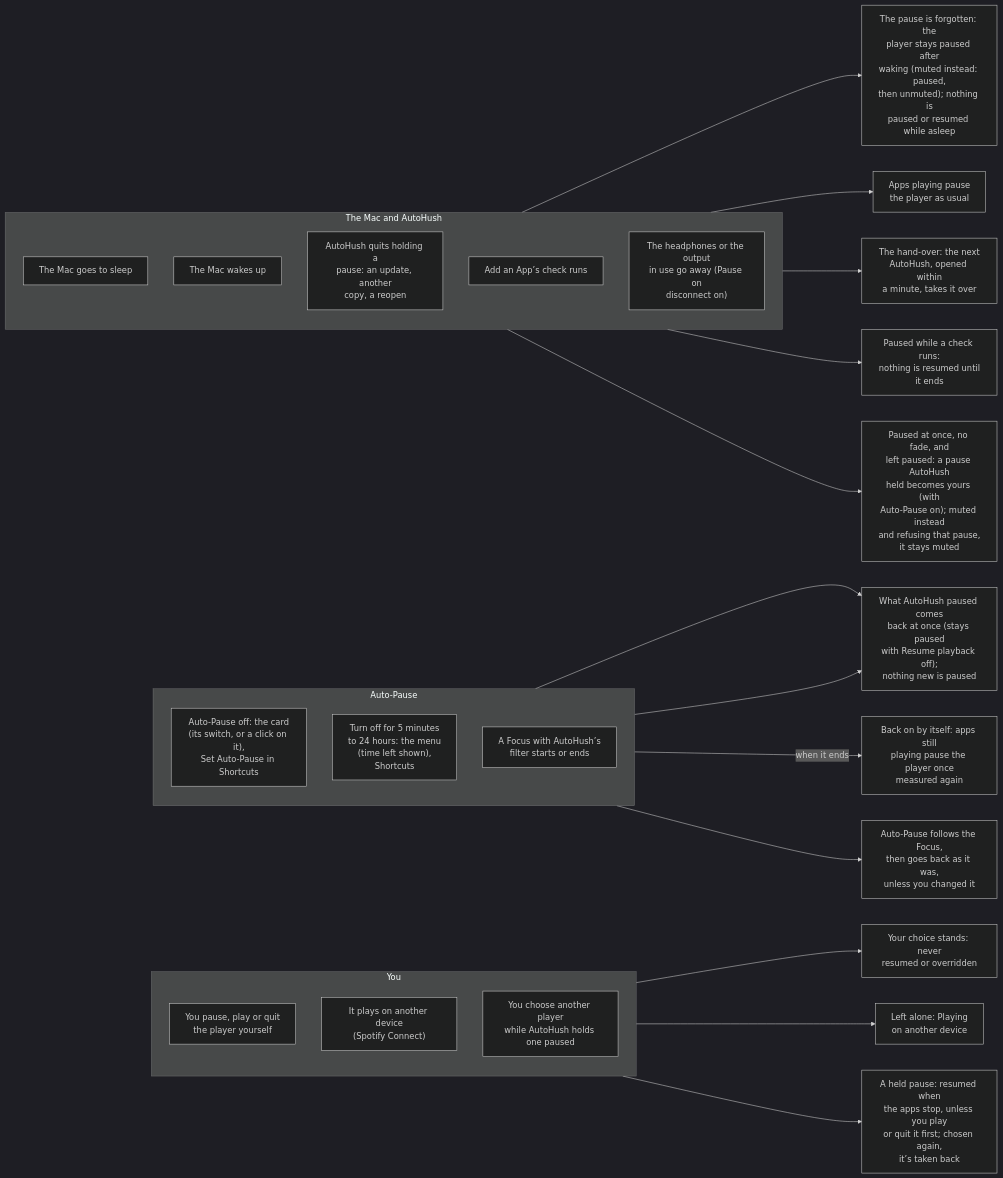
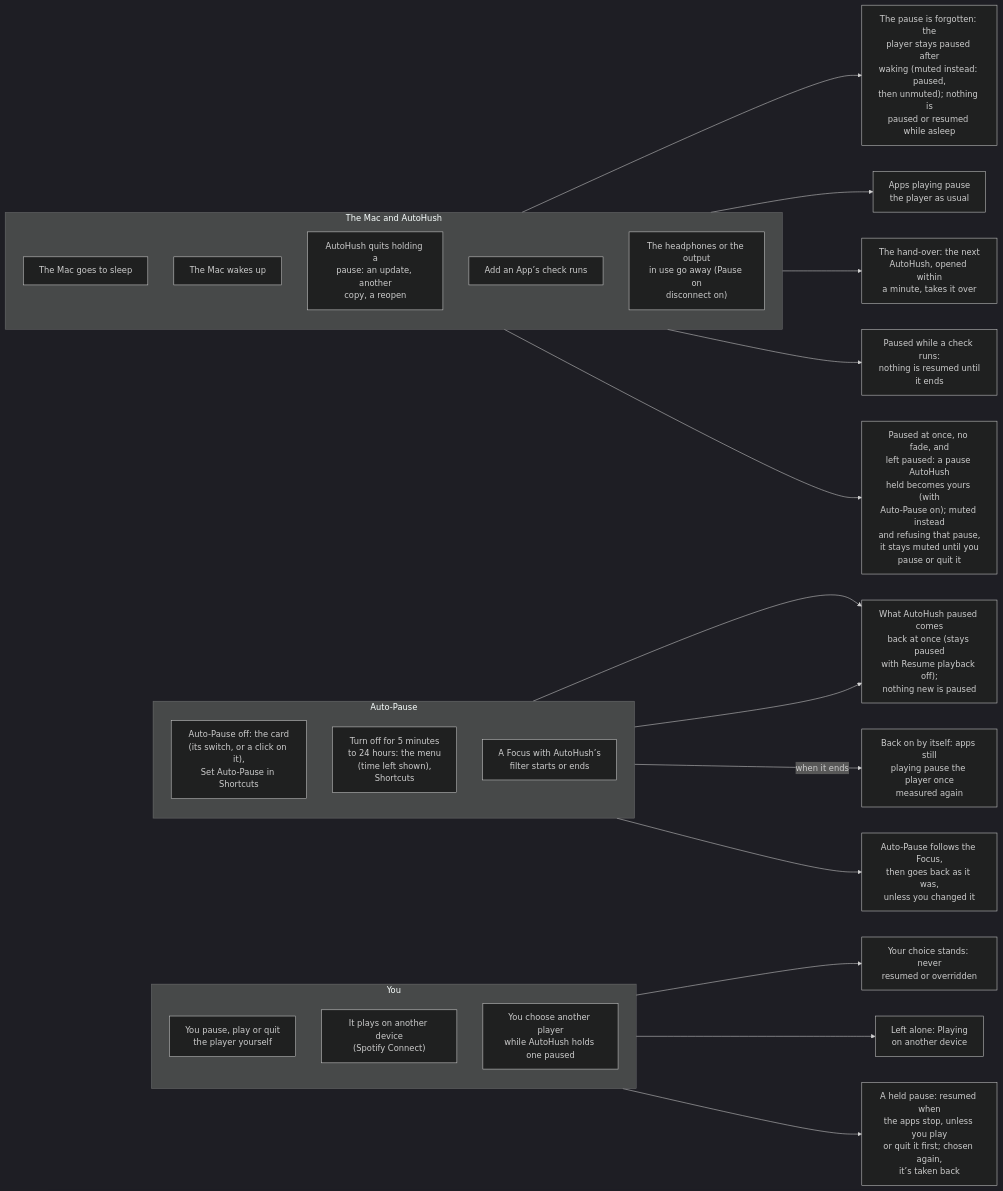
One commit to hfustercabre/AutoHush changed the fourth of 14 diagrams in WORKFLOWS.md. Above: the diagram before and after it, drawn with Mermaid (dark theme). The commit also changed other lines of this file and 9 other files, not shown here.

First line of the commit message:
fix: a mute kept in place of a refused pause shows as muted and ends with the user's pause

````diff
--- a/WORKFLOWS.md
+++ b/WORKFLOWS.md
@@ -244,47 +245,47 @@
 ```mermaid
 flowchart LR
   subgraph YOU["You"]
     direction TB
     E1["You pause, play or quit<br/>the player yourself"]
     E2["It plays on another device<br/>(Spotify Connect)"]
     E3["You choose another player<br/>while AutoHush holds one paused"]
   end
   subgraph AUTO["Auto-Pause"]
     direction TB
     E4["Auto-Pause off: the card<br/>(its switch, or a click on it),<br/>Set Auto-Pause in Shortcuts"]
     E5["Turn off for 5 minutes<br/>to 24 hours: the menu<br/>(time left shown),<br/>Shortcuts"]
     E6["A Focus with AutoHush’s<br/>filter starts or ends"]
   end
   subgraph MAC["The Mac and AutoHush"]
     direction TB
     E7["The Mac goes to sleep"]
     E8["The Mac wakes up"]
     E9["AutoHush quits holding a<br/>pause: an update, another<br/>copy, a reopen"]
     E10["Add an App’s check runs"]
     E11["The headphones or the output<br/>in use go away (Pause on<br/>disconnect on)"]
   end
   R1["Your choice stands: never<br/>resumed or overridden"]
   R2["Left alone: Playing<br/>on another device"]
   R3["A held pause: resumed when<br/>the apps stop, unless you play<br/>or quit it first; chosen again,<br/>it’s taken back"]
   R4["What AutoHush paused comes<br/>back at once (stays paused<br/>with Resume playback off);<br/>nothing new is paused"]
   R5["Back on by itself: apps still<br/>playing pause the player once<br/>measured again"]
   R6["Auto-Pause follows the Focus,<br/>then goes back as it was,<br/>unless you changed it"]
   R7["The pause is forgotten: the<br/>player stays paused after<br/>waking (muted instead: paused,<br/>then unmuted); nothing is<br/>paused or resumed while asleep"]
   R8["Apps playing pause<br/>the player as usual"]
   R9["The hand-over: the next<br/>AutoHush, opened within<br/>a minute, takes it over"]
   R10["Paused while a check runs:<br/>nothing is resumed until<br/>it ends"]
-  R11["Paused at once, no fade, and<br/>left paused: a pause AutoHush<br/>held becomes yours (with<br/>Auto-Pause on); muted instead<br/>and refusing that pause,<br/>it stays muted"]
+  R11["Paused at once, no fade, and<br/>left paused: a pause AutoHush<br/>held becomes yours (with<br/>Auto-Pause on); muted instead<br/>and refusing that pause,<br/>it stays muted until you<br/>pause or quit it"]
 
   E1 --> R1
   E2 --> R2
   E3 --> R3
   E4 --> R4
   E5 --> R4
   E5 -->|"when it ends"| R5
   E6 --> R6
   E7 --> R7
   E8 --> R8
   E9 --> R9
   E10 --> R10
   E11 --> R11
 ```
````
